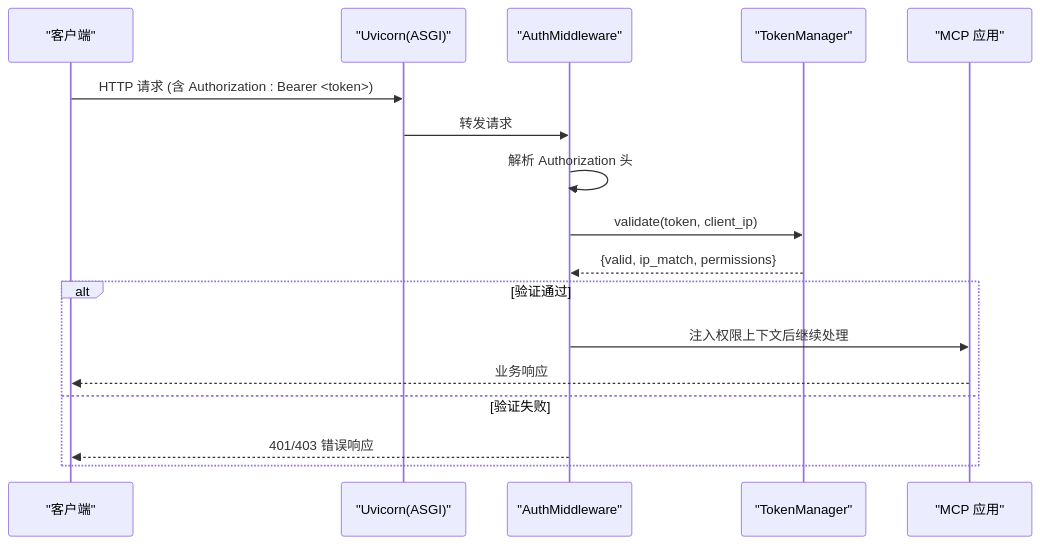
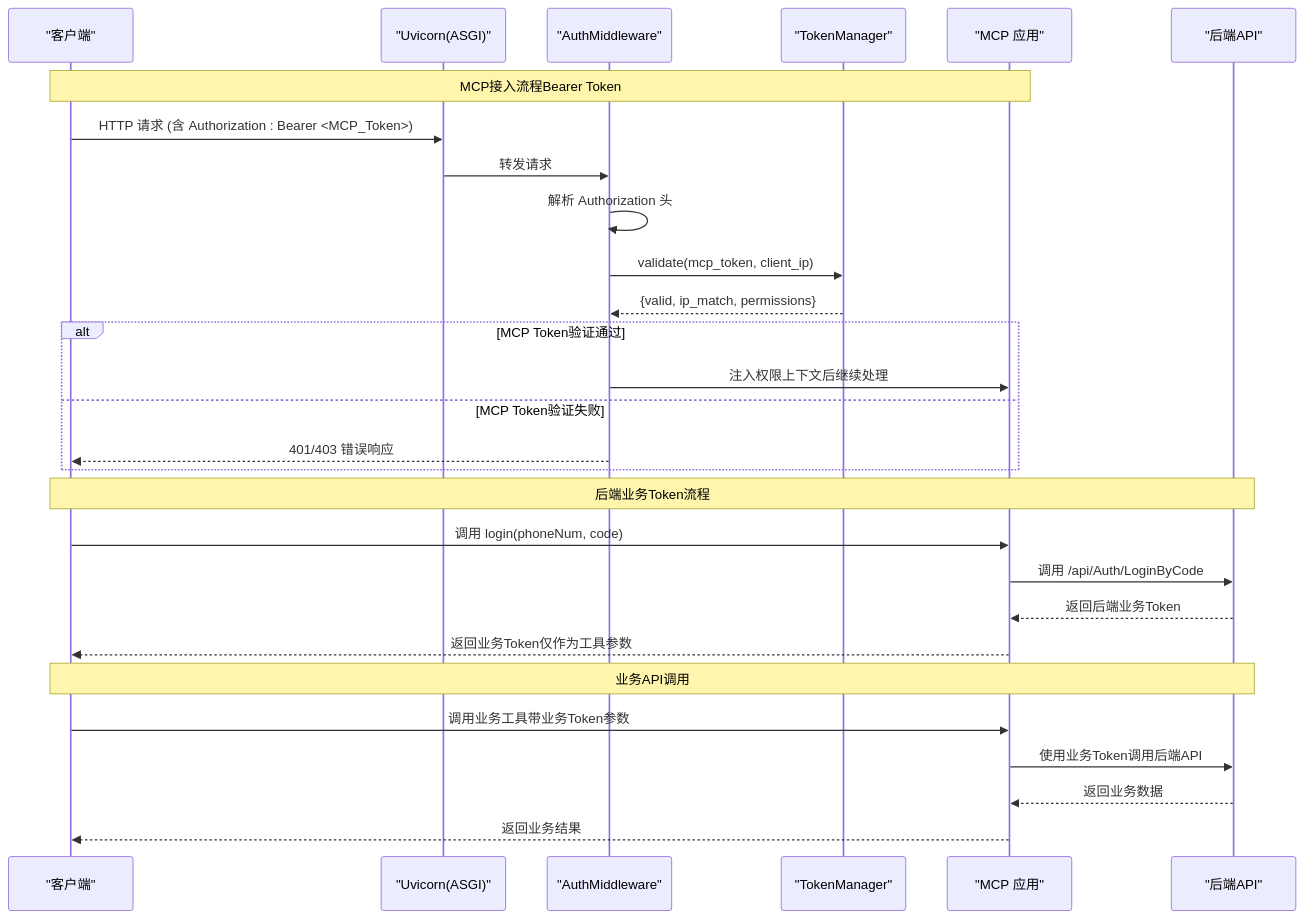
Before and after one commit to rookie-wind/web_ai: the second of 9 diagrams in .qoder/repowiki/zh/content/项目概述/核心功能特性/认证授权系统.md, drawn with Mermaid. The commit also changed other lines of this file and 117 other files, not shown here.

````diff
--- a/.qoder/repowiki/zh/content/项目概述/核心功能特性/认证授权系统.md
+++ b/.qoder/repowiki/zh/content/项目概述/核心功能特性/认证授权系统.md
@@ -88,19 +119,30 @@
 ```mermaid
 sequenceDiagram
 participant Client as "客户端"
 participant Uvicorn as "Uvicorn(ASGI)"
 participant MW as "AuthMiddleware"
 participant TM as "TokenManager"
 participant App as "MCP 应用"
-Client->>Uvicorn : HTTP 请求 (含 Authorization : Bearer <token>)
+participant API as "后端API"
+Note over Client,App : MCP接入流程Bearer Token
+Client->>Uvicorn : HTTP 请求 (含 Authorization : Bearer <MCP_Token>)
 Uvicorn->>MW : 转发请求
 MW->>MW : 解析 Authorization 头
-MW->>TM : validate(token, client_ip)
+MW->>TM : validate(mcp_token, client_ip)
 TM-->>MW : {valid, ip_match, permissions}
-alt 验证通过
+alt MCP Token验证通过
 MW->>App : 注入权限上下文后继续处理
-App-->>Client : 业务响应
-else 验证失败
+else MCP Token验证失败
 MW-->>Client : 401/403 错误响应
 end
+Note over Client,API : 后端业务Token流程
+Client->>App : 调用 login(phoneNum, code)
+App->>API : 调用 /api/Auth/LoginByCode
+API-->>App : 返回后端业务Token
+App-->>Client : 返回业务Token仅作为工具参数
+Note over Client,API : 业务API调用
+Client->>App : 调用业务工具带业务Token参数
+App->>API : 使用业务Token调用后端API
+API-->>App : 返回业务数据
+App-->>Client : 返回业务结果
 ```
````
